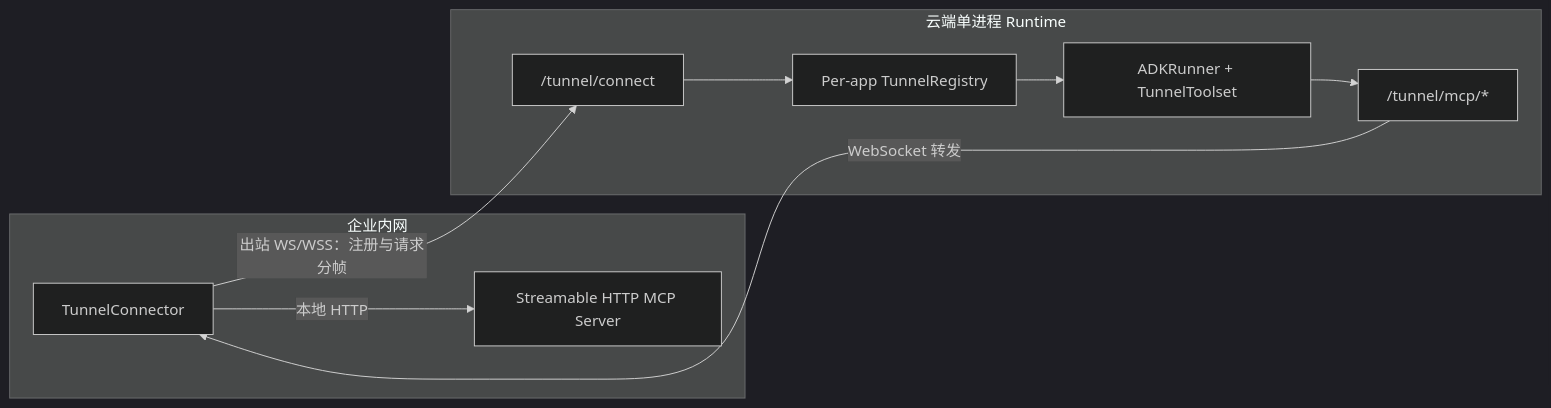
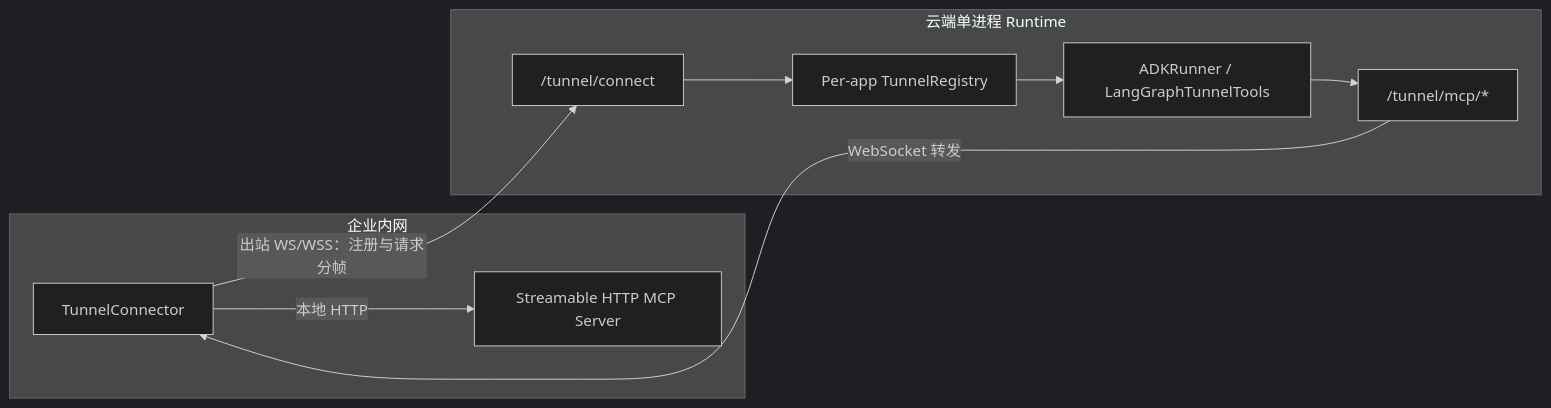
The diagram in docs-site/content/docs/framework/guides/tunnel.mdx (kingsoftcloud/ksadk-python), drawn with Mermaid (dark theme) before and after one commit. The commit also changed other lines of this file and 34 other files, not shown here.

Commit message:
feat(tunnel): support explicit LangGraph StateGraph tools

````diff
--- a/docs-site/content/docs/framework/guides/tunnel.mdx
+++ b/docs-site/content/docs/framework/guides/tunnel.mdx
@@ -15,17 +15,17 @@
 ```mermaid
 flowchart LR
     subgraph onprem["企业内网"]
         M["Streamable HTTP MCP Server"]
         C["TunnelConnector"]
         C -- "本地 HTTP" --> M
     end
     subgraph cloud["云端单进程 Runtime"]
         W["/tunnel/connect"]
         R["Per-app TunnelRegistry"]
-        T["ADKRunner + TunnelToolset"]
+        T["ADKRunner / LangGraphTunnelTools"]
         P["/tunnel/mcp/*"]
         W --> R --> T --> P
     end
     C -- "出站 WS/WSS：注册与请求分帧" --> W
     P -- "WebSocket 转发" --> C
 ```
````
